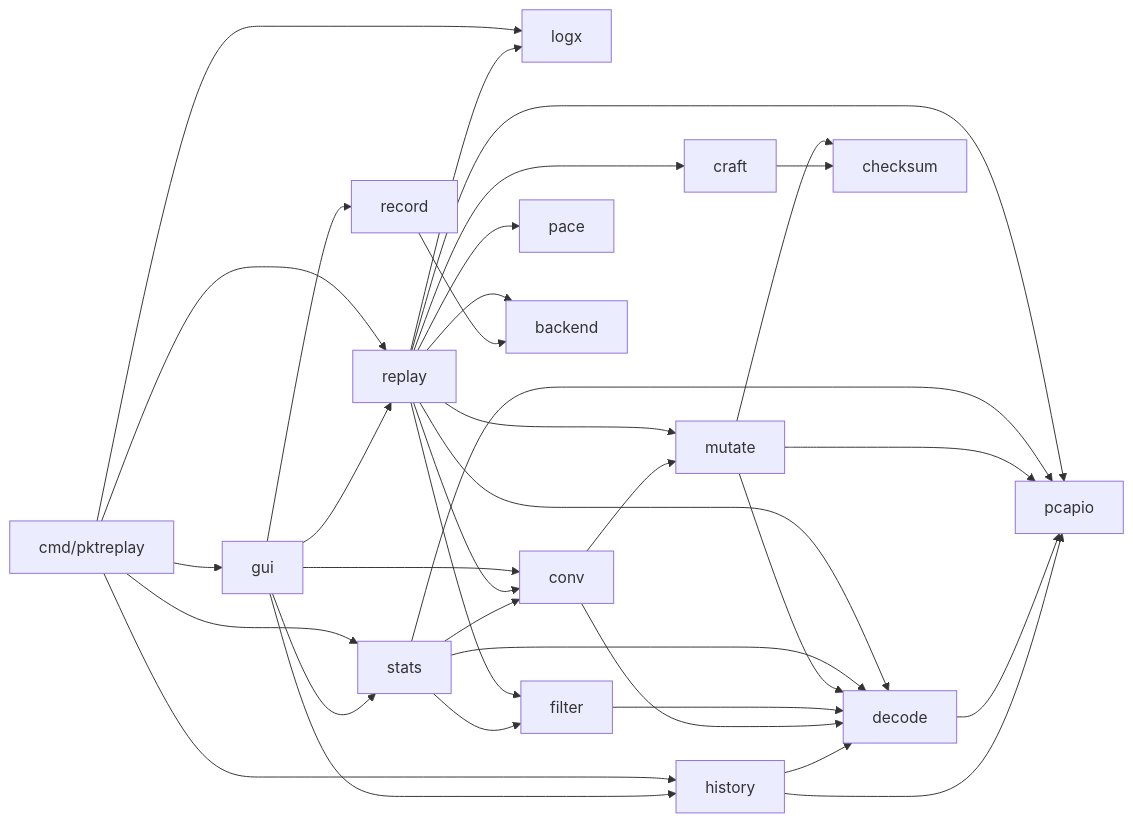
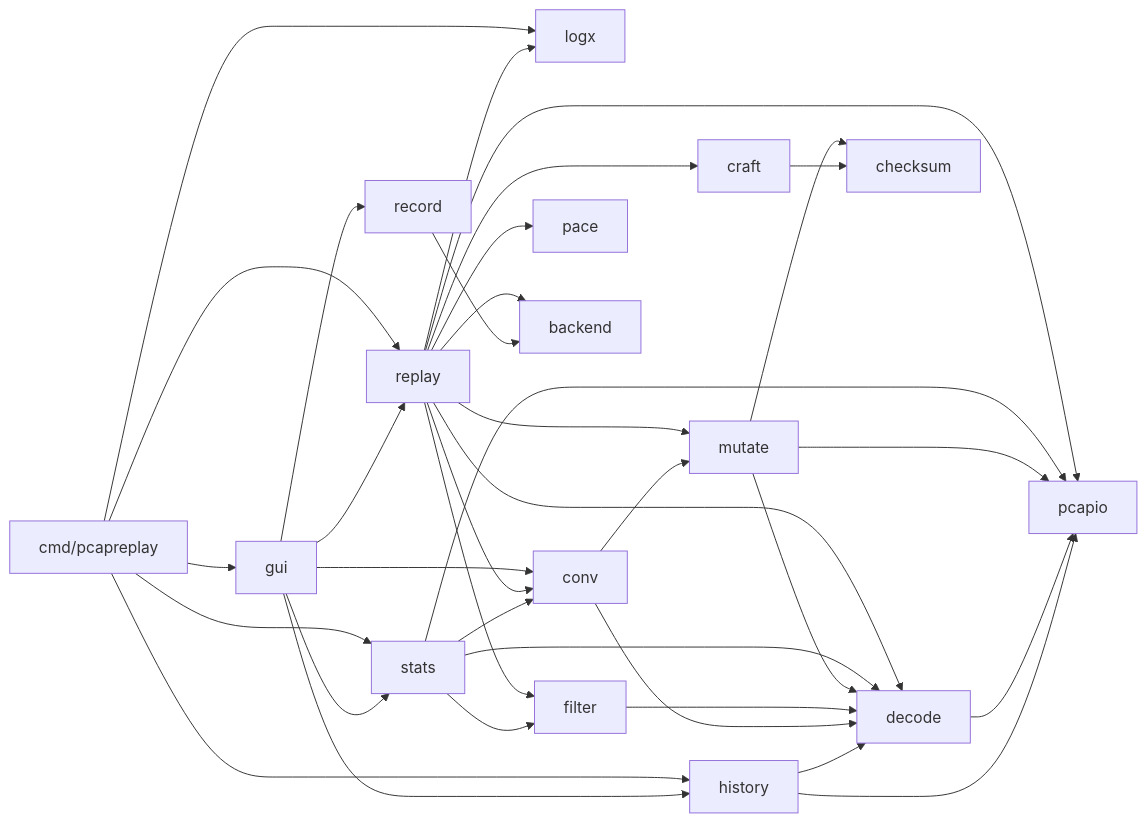
One commit to AlexRudyak/pcapreplay changed the second of 2 diagrams in README.md. Above: the diagram before and after it, drawn with Mermaid. The commit also changed other lines of this file and 101 other files, not shown here.

First line of the commit message:
refactor!: rename the project from pktreplay to pcapreplay

````diff
--- a/README.md
+++ b/README.md
@@ -242,14 +245,14 @@
 ```mermaid
 flowchart LR
-  cmd[cmd/pktreplay] --> gui & replay & stats & history & logx
+  cmd[cmd/pcapreplay] --> gui & replay & stats & history & logx
   gui --> replay & stats & history & record & conv
   replay --> pcapio & decode & filter & mutate & pace & backend & conv & craft & logx
   record --> backend
   stats --> pcapio & decode & filter & conv
   mutate --> decode & checksum & pcapio
   craft --> checksum
   filter --> decode
   conv --> decode & mutate
   decode --> pcapio
   history --> pcapio & decode
 ```
````
